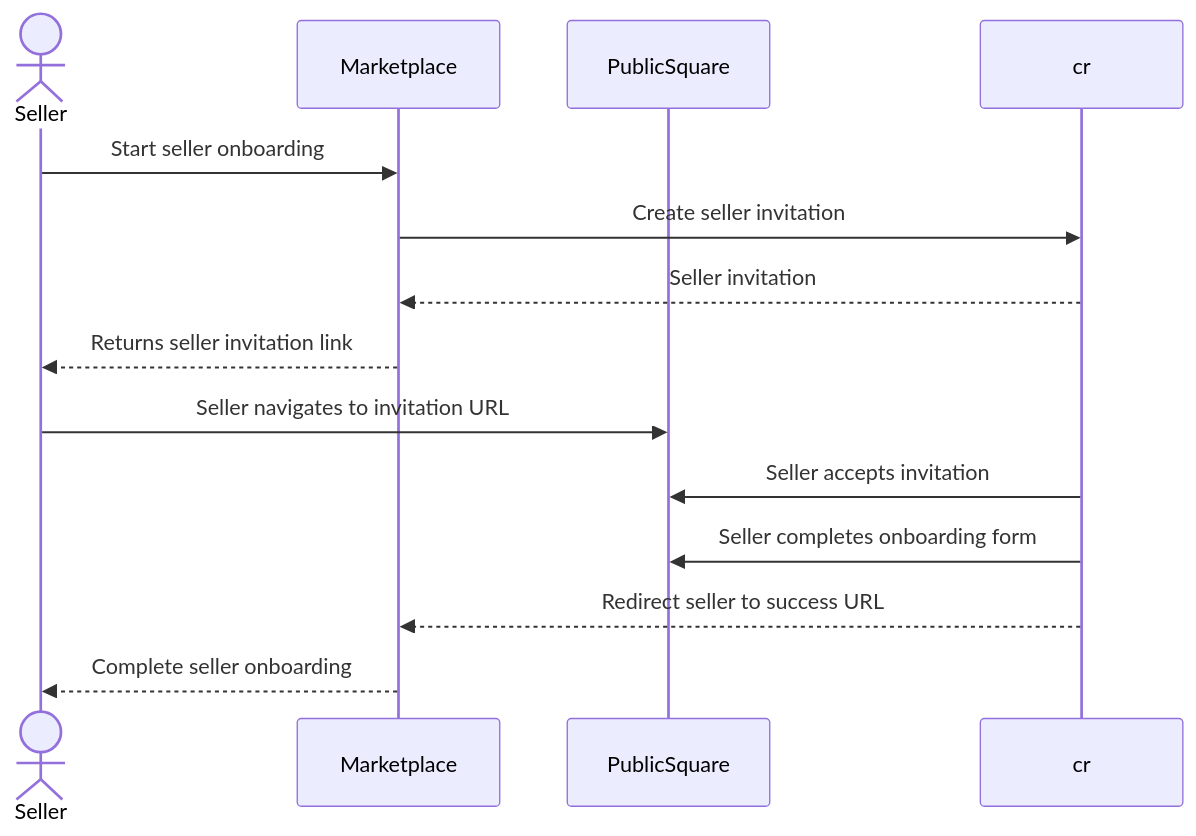
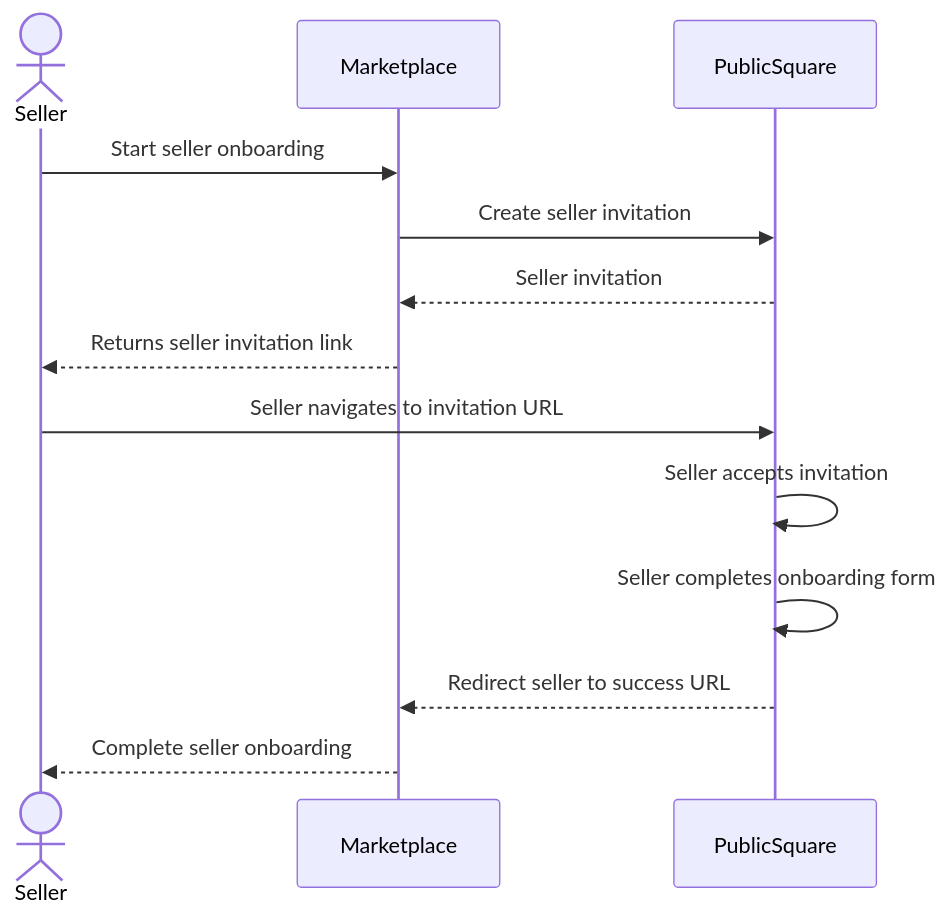
The diagram in docs/guides/marketplaces/onboard-sellers.mdx (publicsq/developers.publicsquare.com), drawn with Mermaid before and after one commit. The commit also changed 10 other files, not shown here.

````diff
--- a/docs/guides/marketplaces/onboard-sellers.mdx
+++ b/docs/guides/marketplaces/onboard-sellers.mdx
@@ -8,17 +8,17 @@
 ```mermaid
 
 sequenceDiagram
 	actor se as Seller
 	participant mk as Marketplace
 	participant pq as PublicSquare
 
 	se ->> mk: Start seller onboarding
-	mk ->> cr: Create seller invitation
-	cr -->> mk: Seller invitation
+	mk ->> pq: Create seller invitation
+	pq -->> mk: Seller invitation
   mk -->> se: Returns seller invitation link
 	se ->> pq: Seller navigates to invitation URL
-  cr ->> pq: Seller accepts invitation
-  cr ->> pq: Seller completes onboarding form
-  cr -->> mk: Redirect seller to success URL
+  pq ->> pq: Seller accepts invitation
+  pq ->> pq: Seller completes onboarding form
+  pq -->> mk: Redirect seller to success URL
   mk -->> se: Complete seller onboarding
 ```
````
